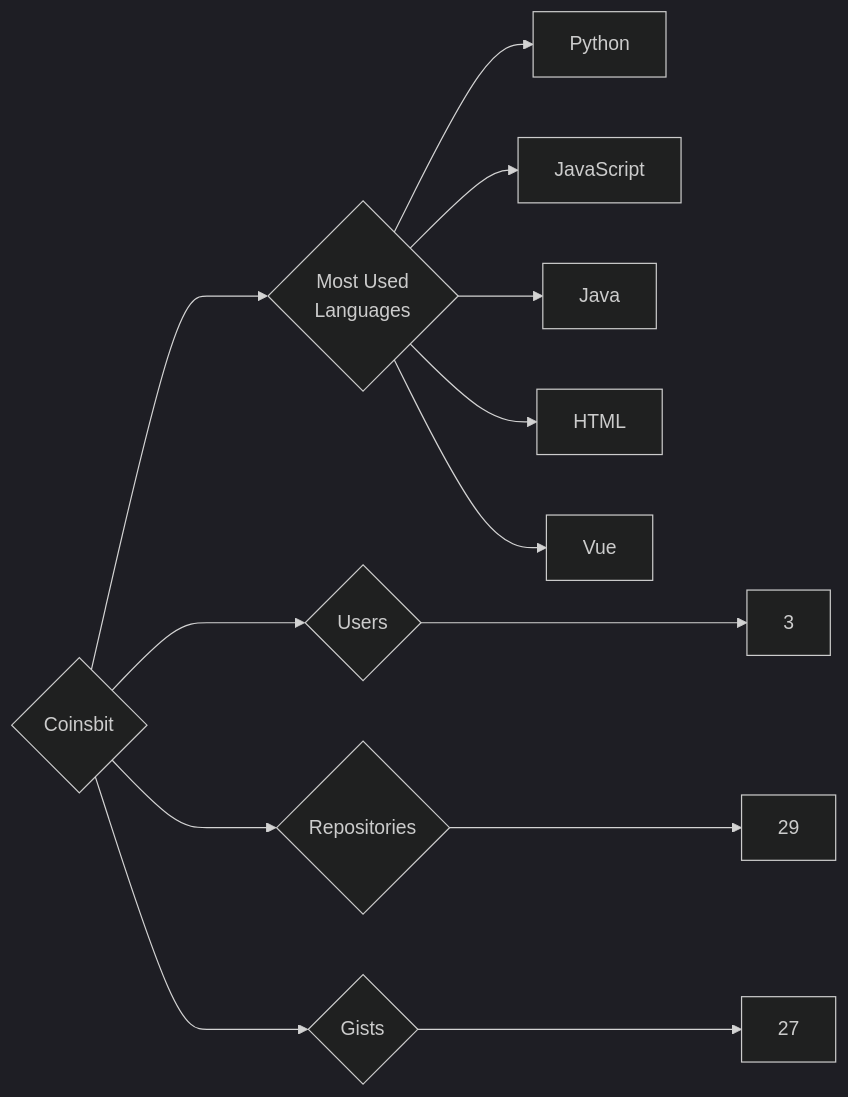
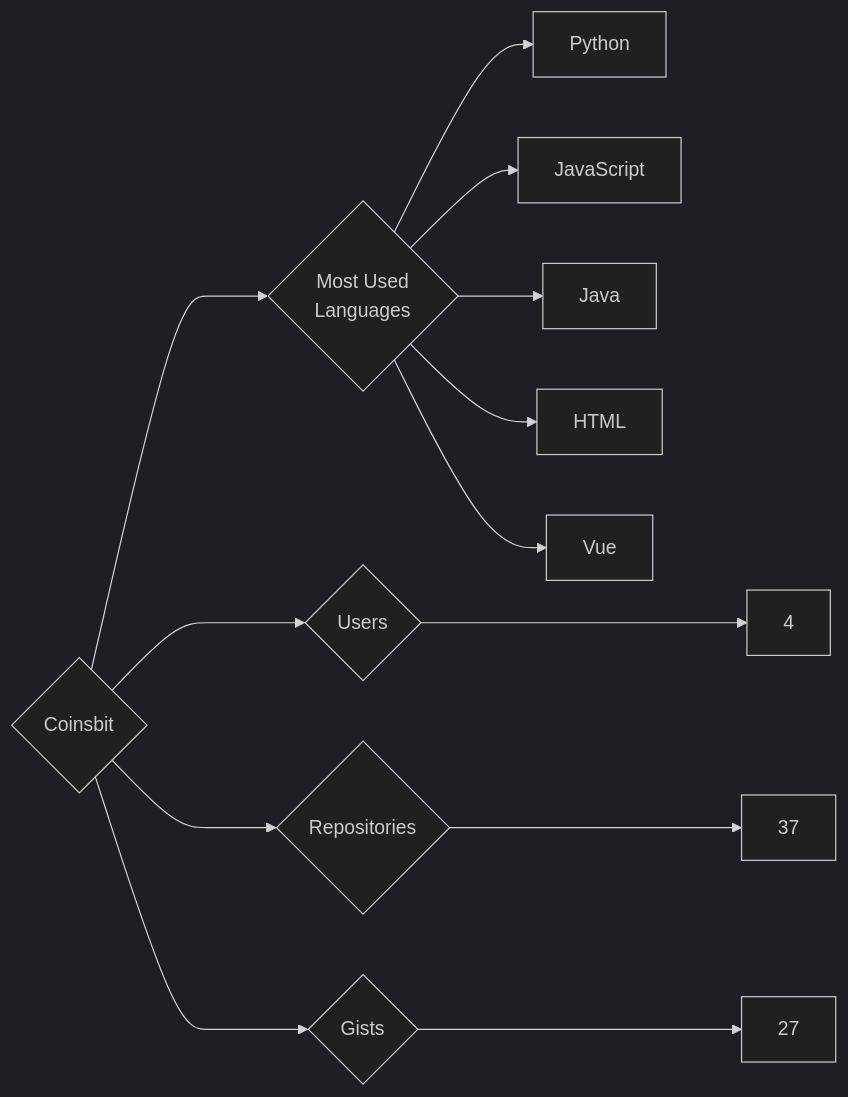
One commit to trickest/insiders changed the diagram in targets/Coinsbit/README.md. Above: the diagram before and after it, drawn with Mermaid (dark theme). The commit also changed 1123 other files, not shown here.

````diff
--- a/targets/Coinsbit/README.md
+++ b/targets/Coinsbit/README.md
@@ -3,13 +3,13 @@
 ```mermaid
 graph LR
 COMPANY_NAME{Coinsbit}
-COMPANY_NAME ---> U{Users} ---> UN[3]
-COMPANY_NAME ---> R{Repositories} ---> RN[29]
+COMPANY_NAME ---> U{Users} ---> UN[4]
+COMPANY_NAME ---> R{Repositories} ---> RN[37]
 COMPANY_NAME ---> G{Gists} ---> GN[27]
 COMPANY_NAME ---> ML{Most Used<br>Languages}
 ML --> Python[Python]
 ML --> JavaScript[JavaScript]
 ML --> Java[Java]
 ML --> HTML[HTML]
 ML --> Vue[Vue]
 ```
````
